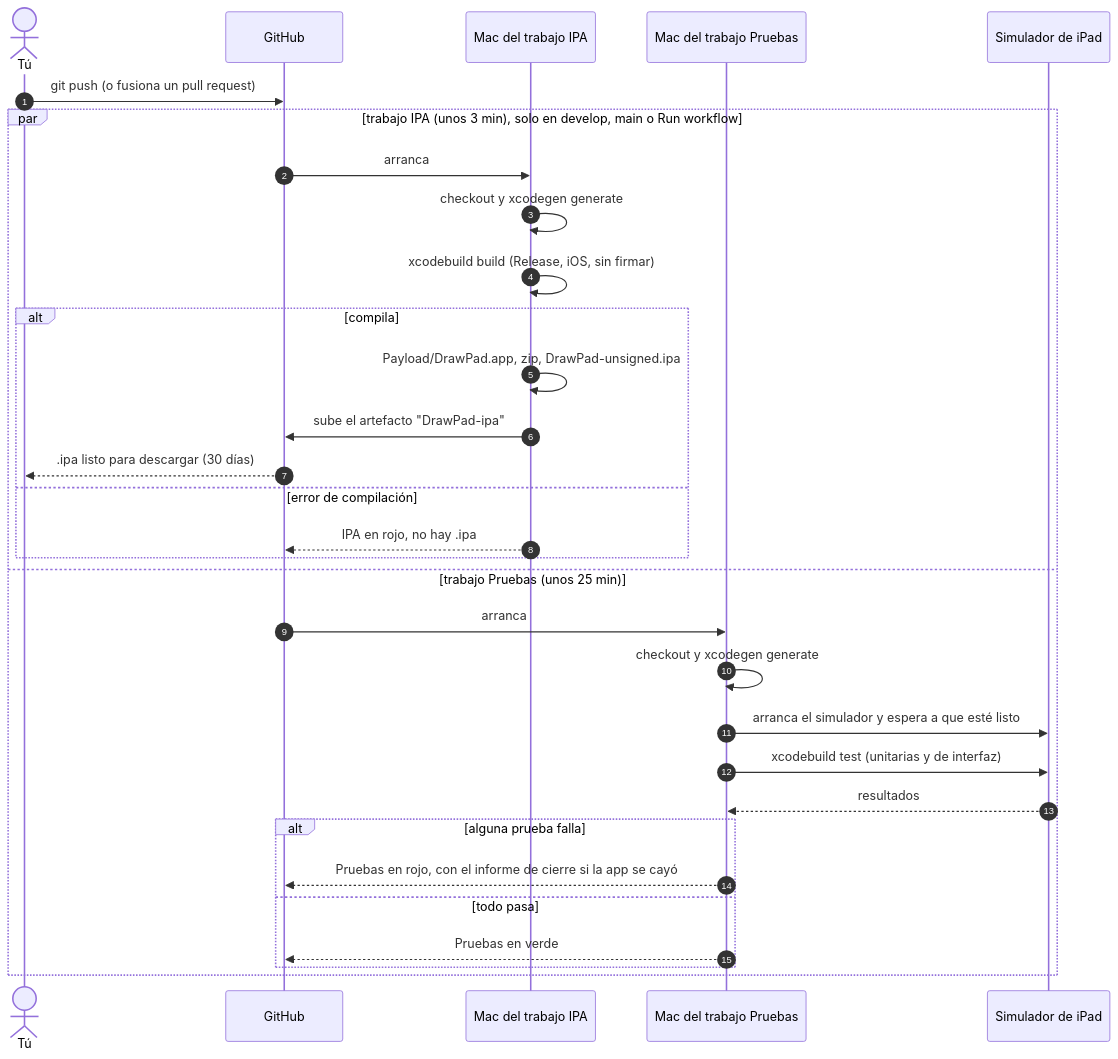
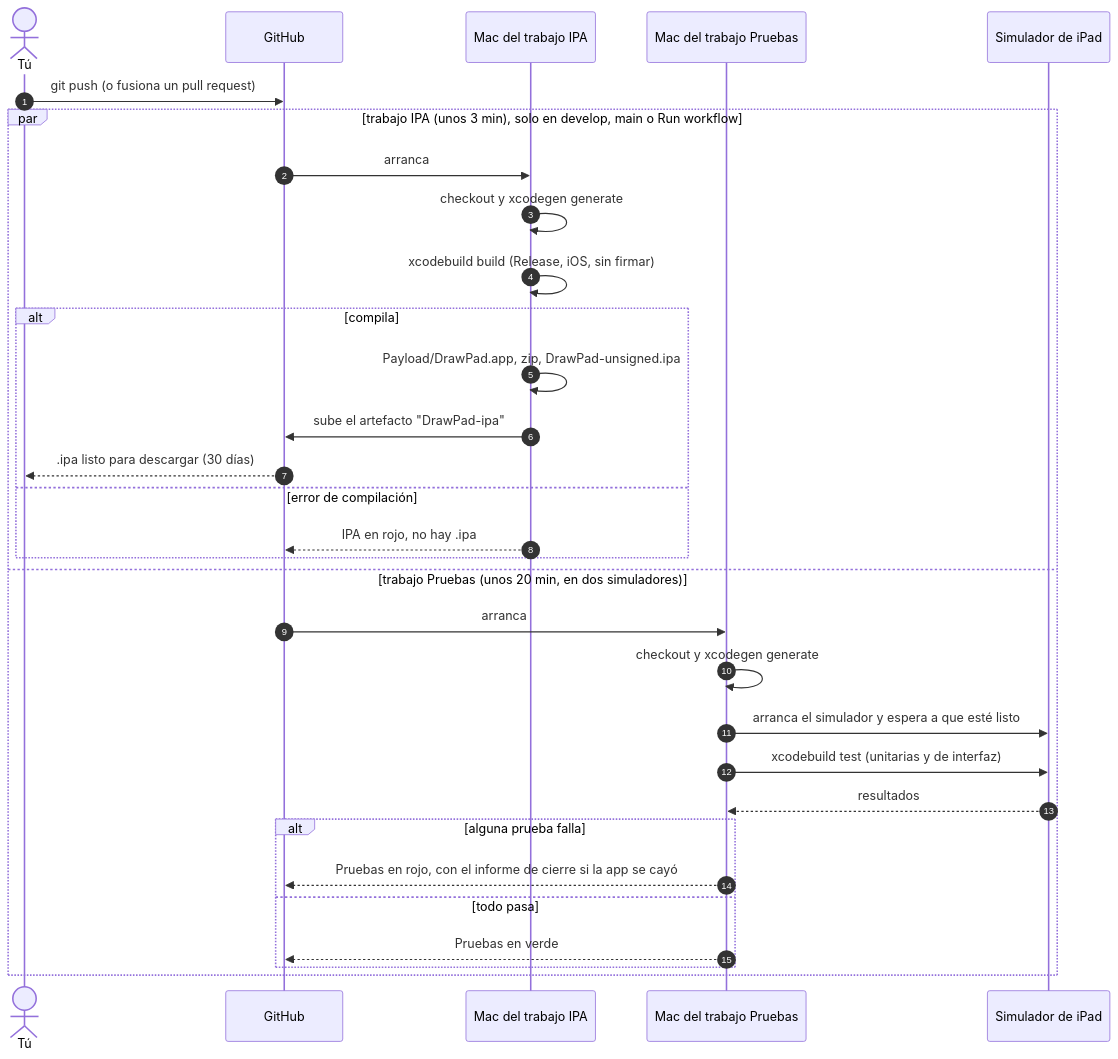
The second of 3 diagrams in docs/compilacion-e-instalacion.md (jhonjairo6230/DrawPad), drawn with Mermaid before and after one commit. The commit also changed other lines of this file and 12 other files, not shown here.

````diff
--- a/docs/compilacion-e-instalacion.md
+++ b/docs/compilacion-e-instalacion.md
@@ -39,34 +41,34 @@
 ```mermaid
 sequenceDiagram
     autonumber
     actor Dev as Tú
     participant GH as GitHub
     participant M1 as Mac del trabajo IPA
     participant M2 as Mac del trabajo Pruebas
     participant Sim as Simulador de iPad
 
     Dev->>GH: git push (o fusiona un pull request)
     par trabajo IPA (unos 3 min), solo en develop, main o Run workflow
         GH->>M1: arranca
         M1->>M1: checkout y xcodegen generate
         M1->>M1: xcodebuild build (Release, iOS, sin firmar)
         alt compila
             M1->>M1: Payload/DrawPad.app, zip, DrawPad-unsigned.ipa
             M1->>GH: sube el artefacto "DrawPad-ipa"
             GH-->>Dev: .ipa listo para descargar (30 días)
         else error de compilación
             M1-->>GH: IPA en rojo, no hay .ipa
         end
-    and trabajo Pruebas (unos 25 min)
+    and trabajo Pruebas (unos 20 min, en dos simuladores)
         GH->>M2: arranca
         M2->>M2: checkout y xcodegen generate
         M2->>Sim: arranca el simulador y espera a que esté listo
         M2->>Sim: xcodebuild test (unitarias y de interfaz)
         Sim-->>M2: resultados
         alt alguna prueba falla
             M2-->>GH: Pruebas en rojo, con el informe de cierre si la app se cayó
         else todo pasa
             M2-->>GH: Pruebas en verde
         end
     end
 ```
````
